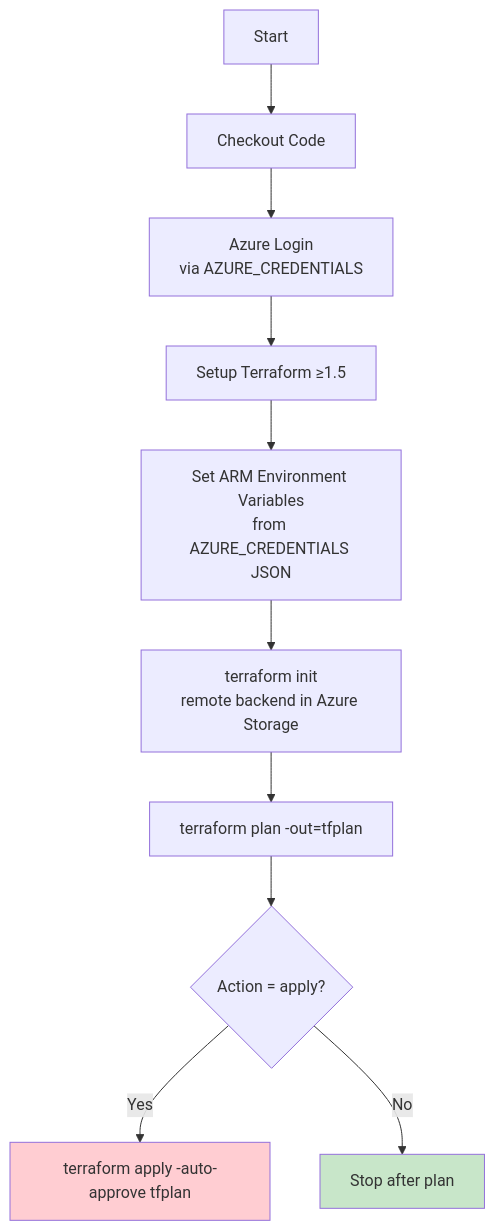
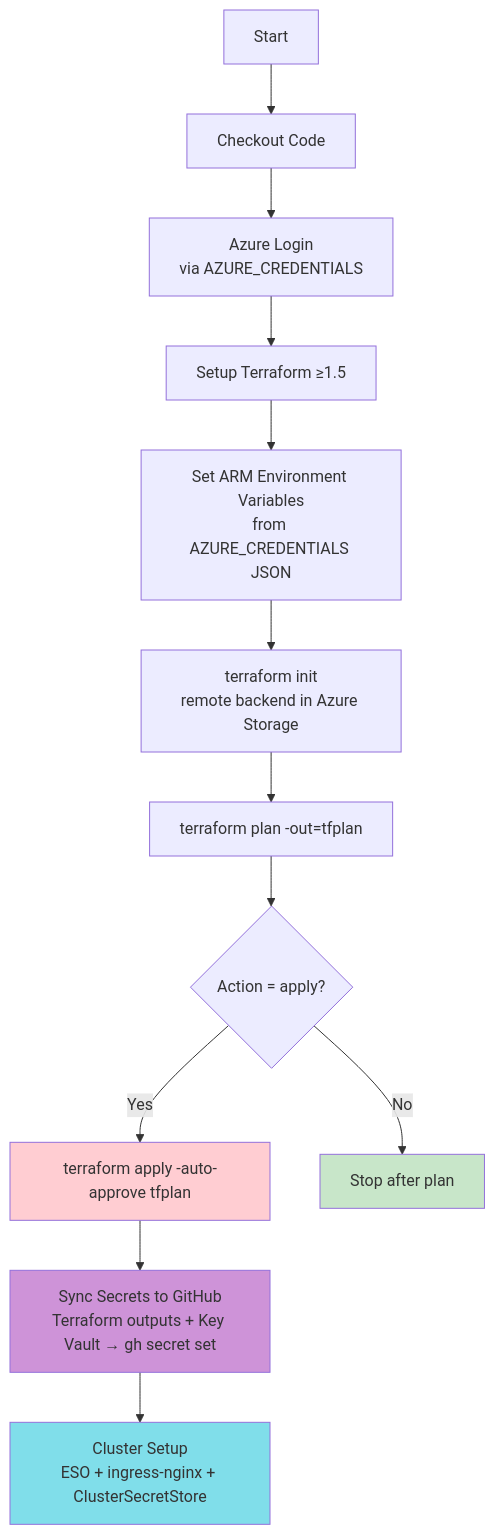
Before and after one commit to edinc/octo-eshop-demo: the seventh of 11 diagrams in docs/cicd-pipeline.md, drawn with Mermaid. The commit also changed other lines of this file and 2 other files, not shown here.

````diff
--- a/docs/cicd-pipeline.md
+++ b/docs/cicd-pipeline.md
@@ -294,15 +302,19 @@
 ```mermaid
 graph TD
     A[Start] --> B[Checkout Code]
     B --> C[Azure Login<br/>via AZURE_CREDENTIALS]
     C --> D[Setup Terraform ≥1.5]
     D --> E[Set ARM Environment Variables<br/>from AZURE_CREDENTIALS JSON]
     E --> F[terraform init<br/>remote backend in Azure Storage]
     F --> G[terraform plan -out=tfplan]
     G --> H{Action = apply?}
     H -->|Yes| I[terraform apply -auto-approve tfplan]
-    H -->|No| J[Stop after plan]
+    I --> J[Sync Secrets to GitHub<br/>Terraform outputs + Key Vault → gh secret set]
+    J --> K[Cluster Setup<br/>ESO + ingress-nginx + ClusterSecretStore]
+    H -->|No| L[Stop after plan]
 
     style I fill:#FFCDD2
-    style J fill:#C8E6C9
+    style J fill:#CE93D8
+    style K fill:#80DEEA
+    style L fill:#C8E6C9
 ```
````
